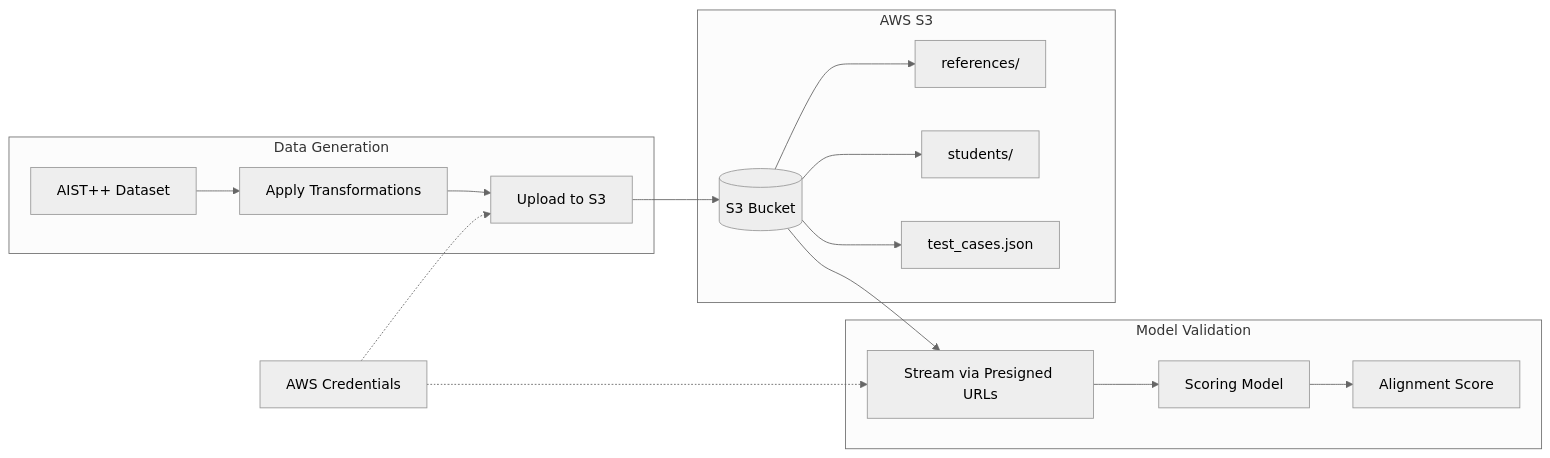
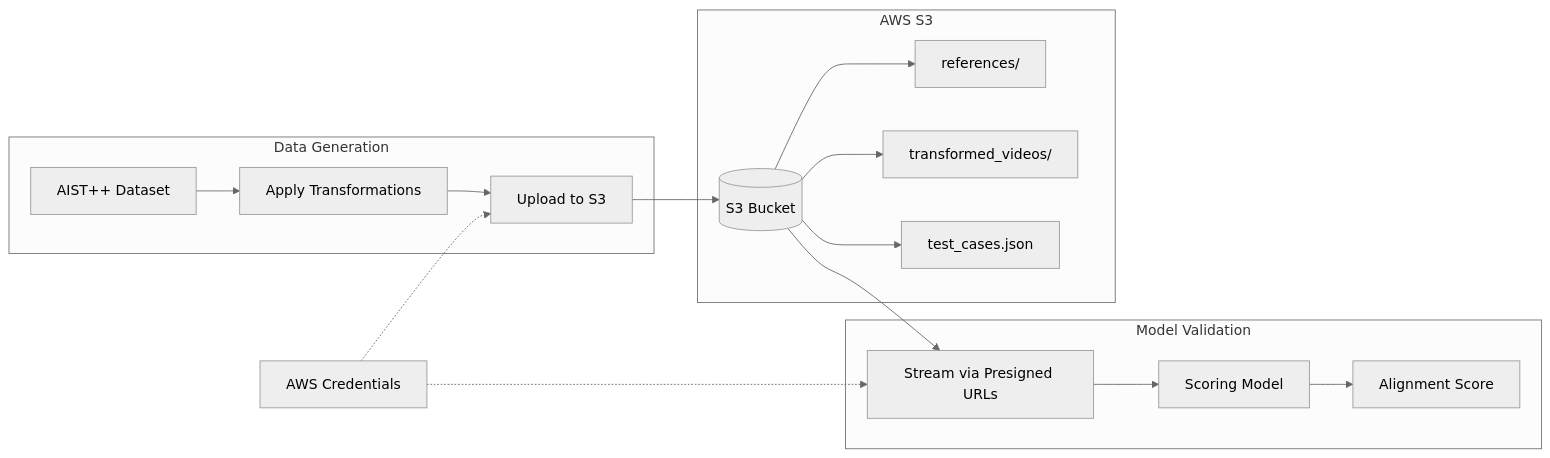
Before and after one commit to UofT-CSC490-W2026/TempoFlow: the first of 2 diagrams in A2/pipelines/video data processing/PIPELINE.md, drawn with Mermaid (neutral theme). The commit also changed other lines of this file and 13 other files, not shown here.

````diff
--- a/A2/pipelines/video data processing/PIPELINE.md
+++ b/A2/pipelines/video data processing/PIPELINE.md
@@ -5,23 +5,23 @@
 ```mermaid
 flowchart LR
     subgraph Generation["Data Generation"]
         A["AIST++ Dataset"] --> B["Apply Transformations"]
         B --> C["Upload to S3"]
     end
     
     subgraph Storage["AWS S3"]
         C --> D[("S3 Bucket")]
         D --> E["references/"]
-        D --> F["students/"]
+        D --> F["transformed_videos/"]
         D --> G["test_cases.json"]
     end
     
     subgraph Validation["Model Validation"]
         D --> H["Stream via Presigned URLs"]
         H --> I["Scoring Model"]
         I --> J["Alignment Score"]
     end
     
     K["AWS Credentials"] -.-> C
     K -.-> H
 ```
````
